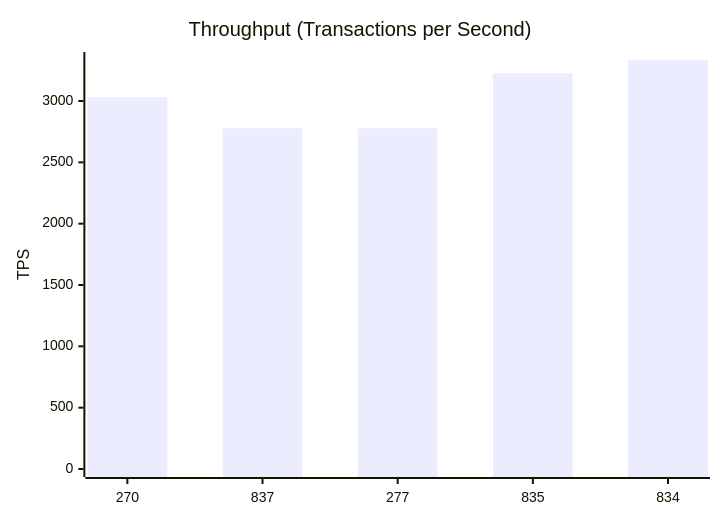
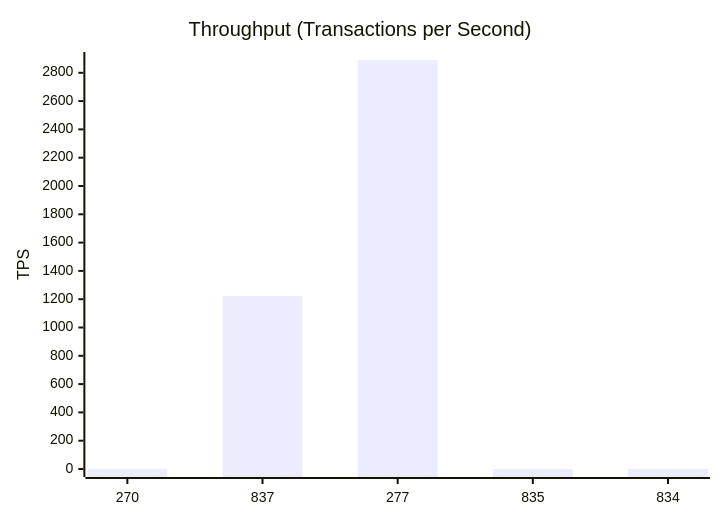
Before and after one commit to dhagan-va/intern-2025: the second of 10 diagrams in test-tools/DataGen/src/Statistics_Visualizer.md, drawn with Mermaid. The commit also changed other lines of this file and 5 other files, not shown here.

````diff
--- a/test-tools/DataGen/src/Statistics_Visualizer.md
+++ b/test-tools/DataGen/src/Statistics_Visualizer.md
@@ -30,7 +30,7 @@
 ```mermaid
 xychart-beta
     title "Throughput (Transactions per Second)"
     x-axis ["270", "837", "277", "835", "834"]
-    y-axis "TPS" 0 --> 3334.4444481482715
-    bar [3030.2112057210384, 2777.9321073392966, 2777.700619427238, 3225.7023966968804, 3333.4444481482715]
+    y-axis "TPS" 0 --> 2890.383468041076
+    bar [0.0012403159233494681, 1223.1270178841003, 2889.383468041076, 0.0, 0.0]
 ```
````
